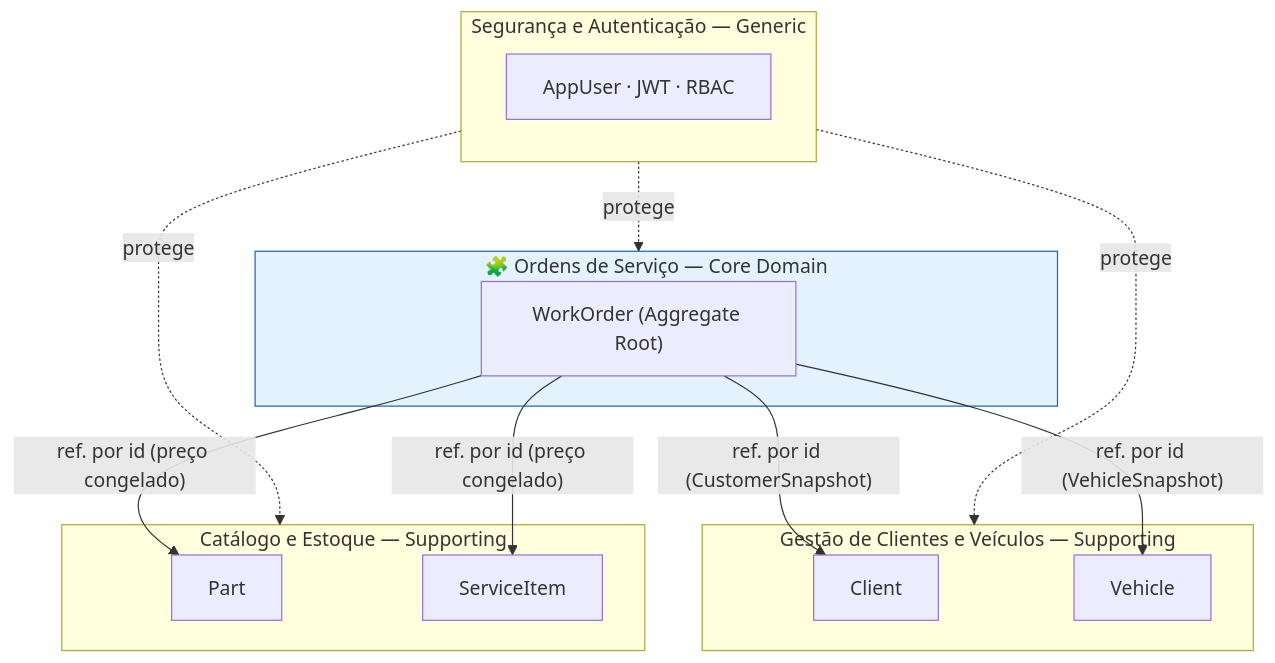
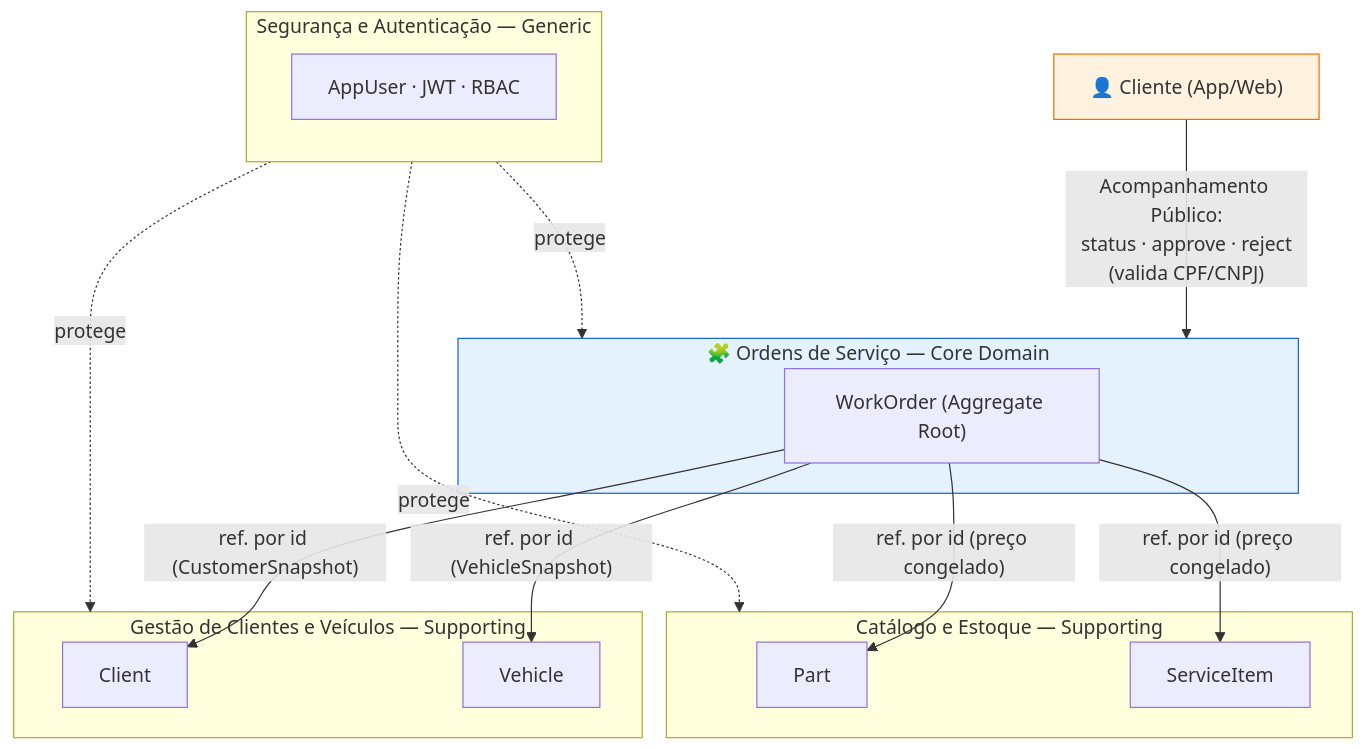
One commit to victorduarte31/tech-challenge-fiap changed the first of 6 diagrams in oficina/docs/DDD.md. Above: the diagram before and after it, drawn with Mermaid. The commit also changed other lines of this file and 3 other files, not shown here.

````diff
--- a/oficina/docs/DDD.md
+++ b/oficina/docs/DDD.md
@@ -35,27 +58,31 @@
 ```mermaid
 flowchart TB
     subgraph OS["🧩 Ordens de Serviço — Core Domain"]
         WO["WorkOrder (Aggregate Root)"]
     end
     subgraph CV["Gestão de Clientes e Veículos — Supporting"]
         CL["Client"]
         VE["Vehicle"]
     end
     subgraph CAT["Catálogo e Estoque — Supporting"]
         PA["Part"]
         SI["ServiceItem"]
     end
     subgraph SEC["Segurança e Autenticação — Generic"]
         AU["AppUser · JWT · RBAC"]
     end
 
+    CLI["👤 Cliente (App/Web)"]
+
     WO -->|"ref. por id (CustomerSnapshot)"| CL
     WO -->|"ref. por id (VehicleSnapshot)"| VE
     WO -->|"ref. por id (preço congelado)"| PA
     WO -->|"ref. por id (preço congelado)"| SI
+    CLI -->|"Acompanhamento Público:<br/>status · approve · reject<br/>(valida CPF/CNPJ)"| OS
     SEC -.protege.-> OS
     SEC -.protege.-> CV
     SEC -.protege.-> CAT
 
     style OS fill:#E3F2FD,stroke:#1565C0
+    style CLI fill:#FFF3E0,stroke:#EF6C00
 ```
````
